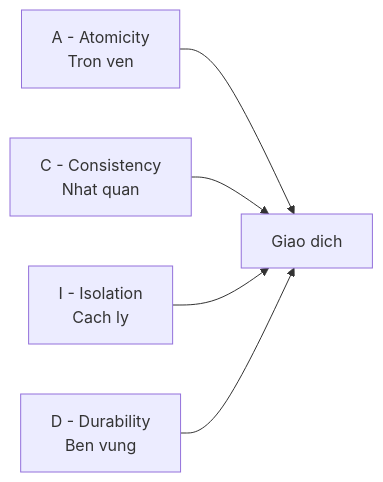
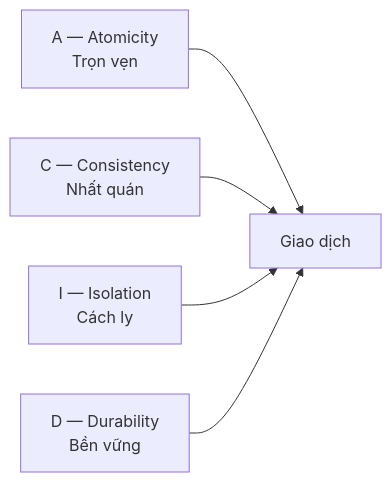
Before and after one commit to TienNHM/tiennhm.github.io: the diagram in docs/09-dotnet-backend-zero-to-senior/stage-01-foundation/module-02-computer-science-basics/2.6-what-is-a-database.mdx, drawn with Mermaid. The commit also changed 10 other files, not shown here.

````diff
--- a/docs/09-dotnet-backend-zero-to-senior/stage-01-foundation/module-02-computer-science-basics/2.6-what-is-a-database.mdx
+++ b/docs/09-dotnet-backend-zero-to-senior/stage-01-foundation/module-02-computer-science-basics/2.6-what-is-a-database.mdx
@@ -43,7 +43,7 @@
 ```mermaid
 flowchart LR
-    A[A - Atomicity<br/>Tron ven] --> E[Giao dich]
-    C[C - Consistency<br/>Nhat quan] --> E
-    I[I - Isolation<br/>Cach ly] --> E
-    D[D - Durability<br/>Ben vung] --> E
+    A[A — Atomicity<br/>Trọn vẹn] --> E[Giao dịch]
+    C[C — Consistency<br/>Nhất quán] --> E
+    I[I — Isolation<br/>Cách ly] --> E
+    D[D — Durability<br/>Bền vững] --> E
 ```
````
